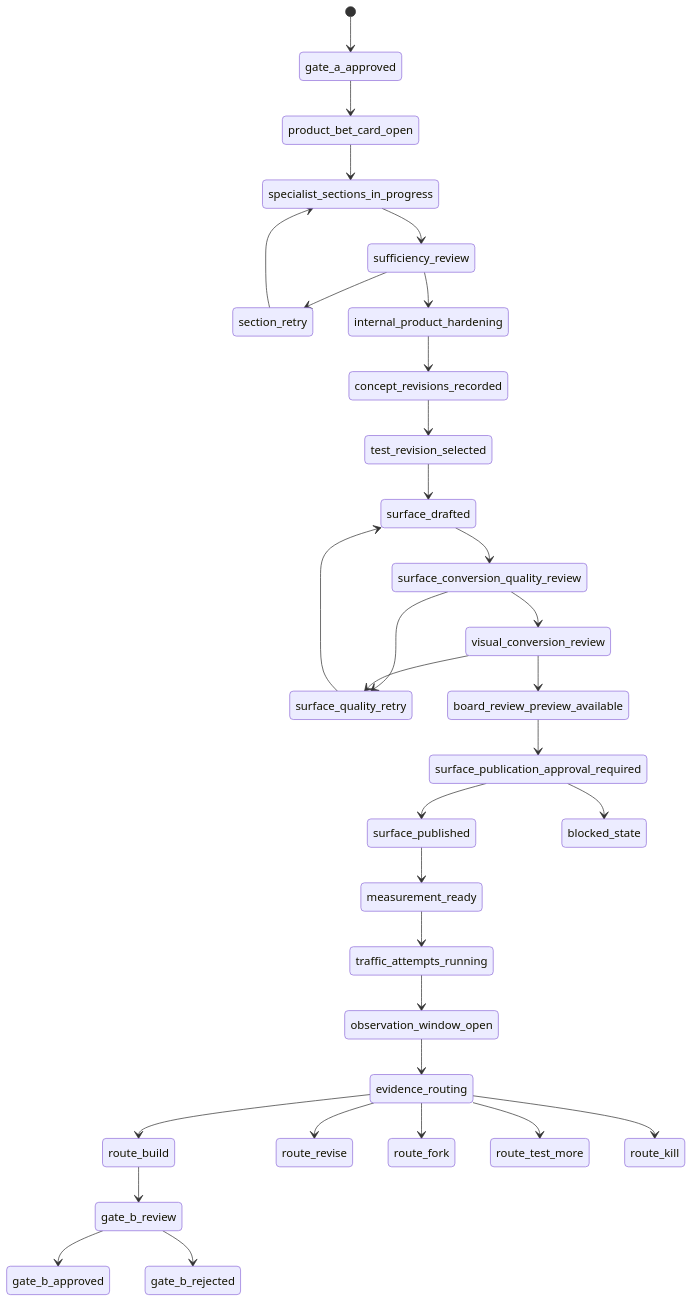
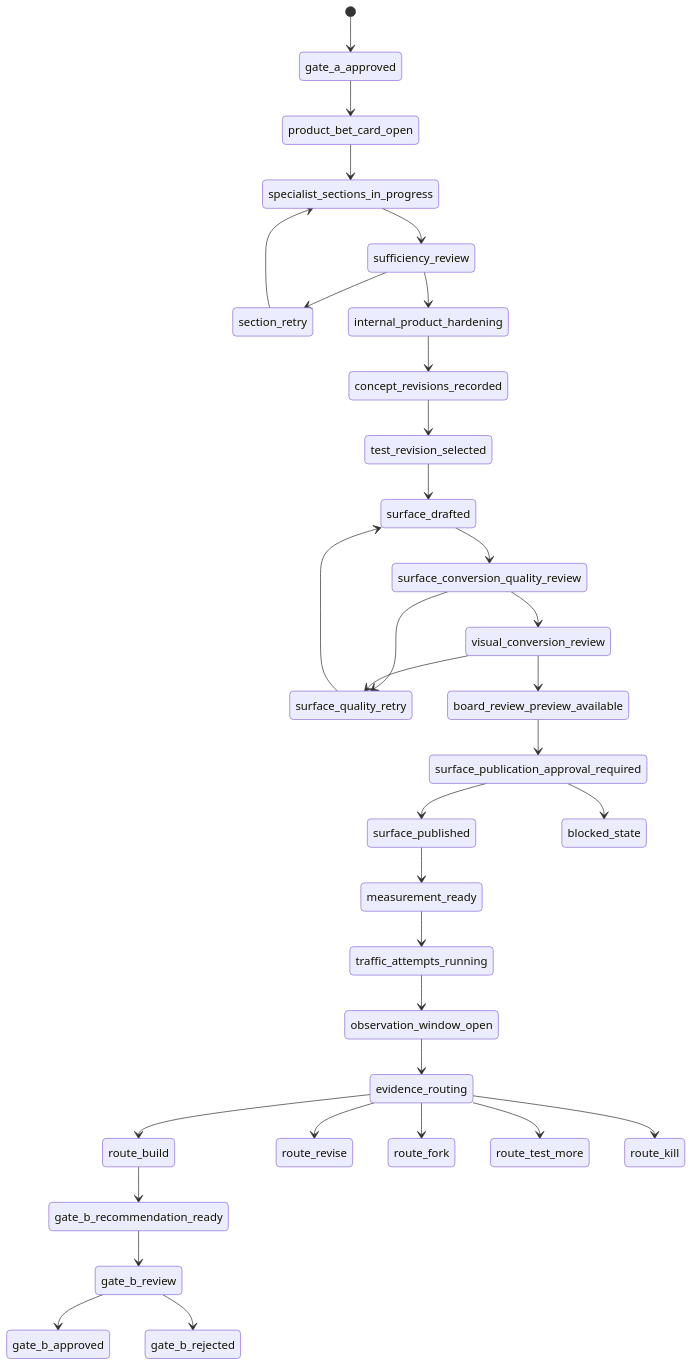
One commit to Vladick-Pick/Nohum-studio changed the second of 5 diagrams in docs/ontology/nohum-operating-ontology.md. Above: the diagram before and after it, drawn with Mermaid. The commit also changed other lines of this file and 43 other files, not shown here.

Commit message:
Document Gate B and Build runtime boundaries

````diff
--- a/docs/ontology/nohum-operating-ontology.md
+++ b/docs/ontology/nohum-operating-ontology.md
@@ -169,34 +178,35 @@
 ```mermaid
 stateDiagram-v2
   [*] --> gate_a_approved
   gate_a_approved --> product_bet_card_open
   product_bet_card_open --> specialist_sections_in_progress
   specialist_sections_in_progress --> sufficiency_review
   sufficiency_review --> section_retry
   section_retry --> specialist_sections_in_progress
   sufficiency_review --> internal_product_hardening
   internal_product_hardening --> concept_revisions_recorded
   concept_revisions_recorded --> test_revision_selected
   test_revision_selected --> surface_drafted
   surface_drafted --> surface_conversion_quality_review
   surface_conversion_quality_review --> surface_quality_retry
   surface_quality_retry --> surface_drafted
   surface_conversion_quality_review --> visual_conversion_review
   visual_conversion_review --> surface_quality_retry
   visual_conversion_review --> board_review_preview_available
   board_review_preview_available --> surface_publication_approval_required
   surface_publication_approval_required --> surface_published
   surface_publication_approval_required --> blocked_state
   surface_published --> measurement_ready
   measurement_ready --> traffic_attempts_running
   traffic_attempts_running --> observation_window_open
   observation_window_open --> evidence_routing
   evidence_routing --> route_build
   evidence_routing --> route_revise
   evidence_routing --> route_fork
   evidence_routing --> route_test_more
   evidence_routing --> route_kill
-  route_build --> gate_b_review
+  route_build --> gate_b_recommendation_ready
+  gate_b_recommendation_ready --> gate_b_review
   gate_b_review --> gate_b_approved
   gate_b_review --> gate_b_rejected
 ```
````
